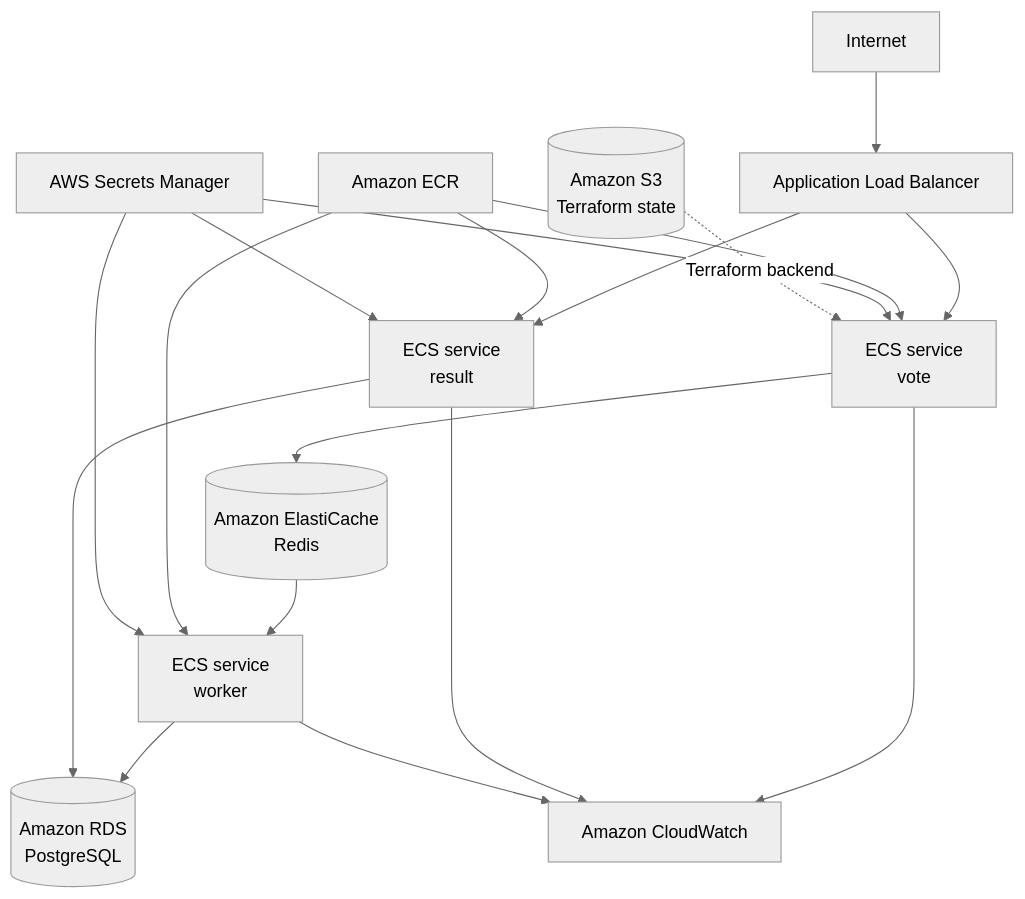
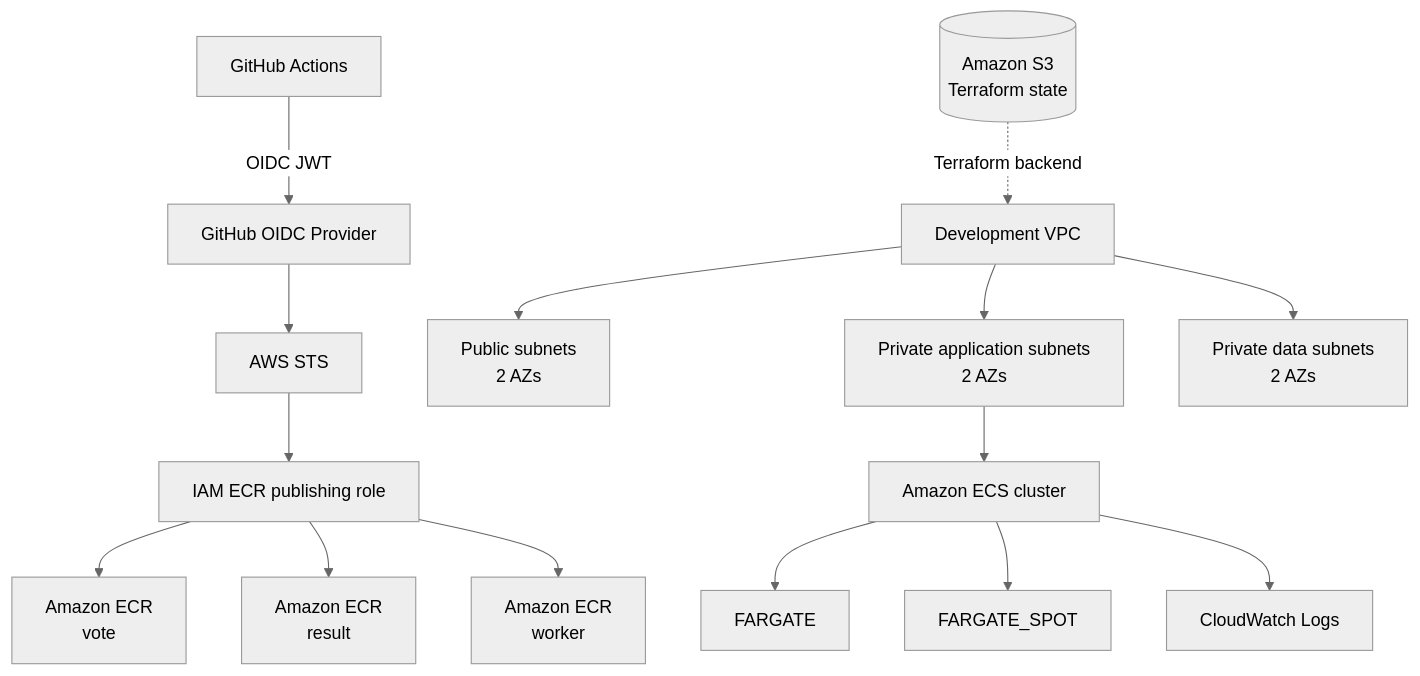
One commit to kxmyk/aws-voting-platform changed the second of 2 diagrams in README.md. Above: the diagram before and after it, drawn with Mermaid (neutral theme). The commit also changed other lines of this file, not shown here.

Commit message:
docs: update project architecture and progress

````diff
--- a/README.md
+++ b/README.md
@@ -439,41 +201,39 @@
 ```mermaid
 flowchart TB
-    Internet[Internet]
+    GitHub[GitHub Actions]
+    OIDC[GitHub OIDC Provider]
+    STS[AWS STS]
+    PublishRole[IAM ECR publishing role]
 
-    ALB[Application Load Balancer]
+    ECRVote[Amazon ECR<br/>vote]
+    ECRResult[Amazon ECR<br/>result]
+    ECRWorker[Amazon ECR<br/>worker]
 
-    Vote[ECS service<br/>vote]
-    Result[ECS service<br/>result]
-    Worker[ECS service<br/>worker]
-
-    Redis[(Amazon ElastiCache<br/>Redis)]
-    Database[(Amazon RDS<br/>PostgreSQL)]
-
-    ECR[Amazon ECR]
-    Secrets[AWS Secrets Manager]
-    Logs[Amazon CloudWatch]
     State[(Amazon S3<br/>Terraform state)]
 
-    Internet --> ALB
-    ALB --> Vote
-    ALB --> Result
+    VPC[Development VPC]
+    Public[Public subnets<br/>2 AZs]
+    App[Private application subnets<br/>2 AZs]
+    Data[Private data subnets<br/>2 AZs]
 
-    Vote --> Redis
-    Redis --> Worker
-    Worker --> Database
-    Result --> Database
+    ECS[Amazon ECS cluster]
+    Fargate[FARGATE]
+    Spot[FARGATE_SPOT]
+    Logs[CloudWatch Logs]
 
-    ECR --> Vote
-    ECR --> Result
-    ECR --> Worker
+    GitHub -->|OIDC JWT| OIDC
+    OIDC --> STS
+    STS --> PublishRole
+    PublishRole --> ECRVote
+    PublishRole --> ECRResult
+    PublishRole --> ECRWorker
 
-    Secrets --> Vote
-    Secrets --> Result
-    Secrets --> Worker
-
-    Vote --> Logs
-    Result --> Logs
-    Worker --> Logs
-
-    State -. Terraform backend .-> Vote
+    State -. Terraform backend .-> VPC
+    VPC --> Public
+    VPC --> App
+    VPC --> Data
+    App --> ECS
+    ECS --> Fargate
+    ECS --> Spot
+    ECS --> Logs
 ```
````
